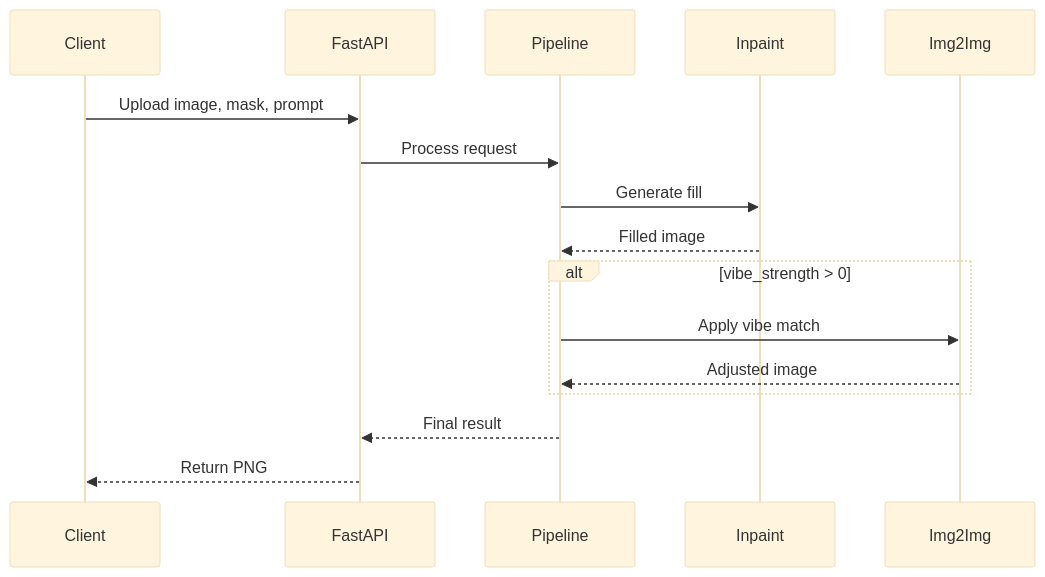
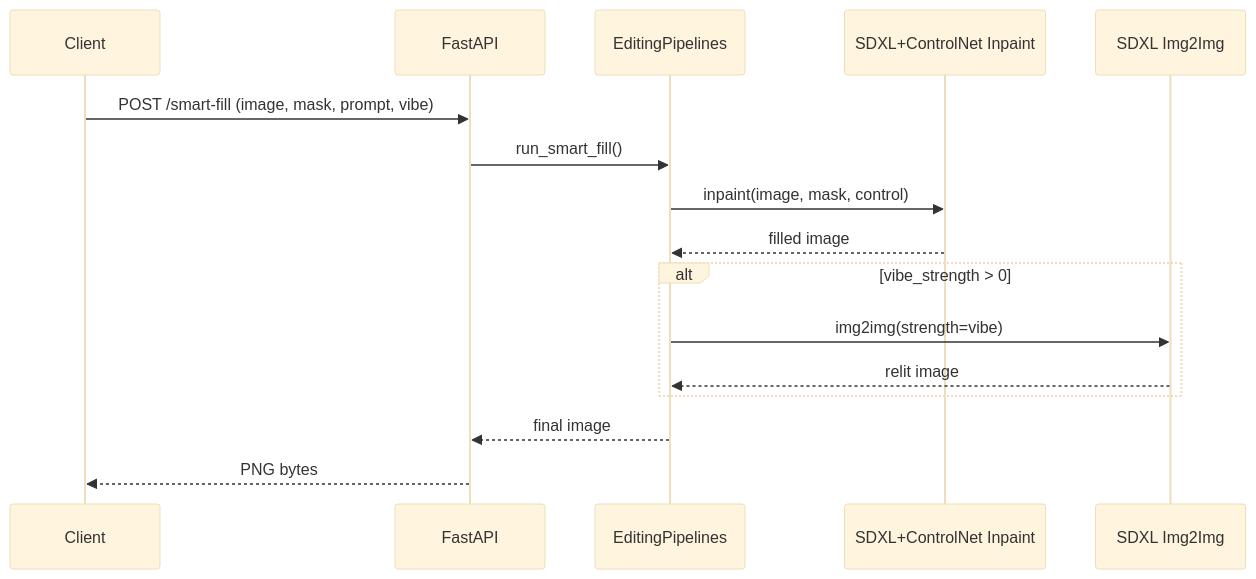
Before and after one commit to Abhyu-S/kortex-sdxl: diagram 20 of 26 in Documentation.md, drawn with Mermaid (base theme). The commit also changed other lines of this file and 1 other file, not shown here.

````diff
--- a/Documentation.md
+++ b/Documentation.md
@@ -100,19 +1076,19 @@
 ```mermaid
 sequenceDiagram
-    participant Client
-    participant FastAPI
-    participant Pipeline
-    participant Inpaint
-    participant Img2Img
+    participant C as Client
+    participant S as FastAPI
+    participant P as EditingPipelines
+    participant I as SDXL+ControlNet Inpaint
+    participant M as SDXL Img2Img
 
-    Client->>FastAPI: Upload image, mask, prompt
-    FastAPI->>Pipeline: Process request
-    Pipeline->>Inpaint: Generate fill
-    Inpaint-->>Pipeline: Filled image
+    C->>S: POST /smart-fill (image, mask, prompt, vibe)
+    S->>P: run_smart_fill()
+    P->>I: inpaint(image, mask, control)
+    I-->>P: filled image
     alt vibe_strength > 0
-        Pipeline->>Img2Img: Apply vibe match
-        Img2Img-->>Pipeline: Adjusted image
+        P->>M: img2img(strength=vibe)
+        M-->>P: relit image
     end
-    Pipeline-->>FastAPI: Final result
-    FastAPI-->>Client: Return PNG
+    P-->>S: final image
+    S-->>C: PNG bytes
 ```
````
